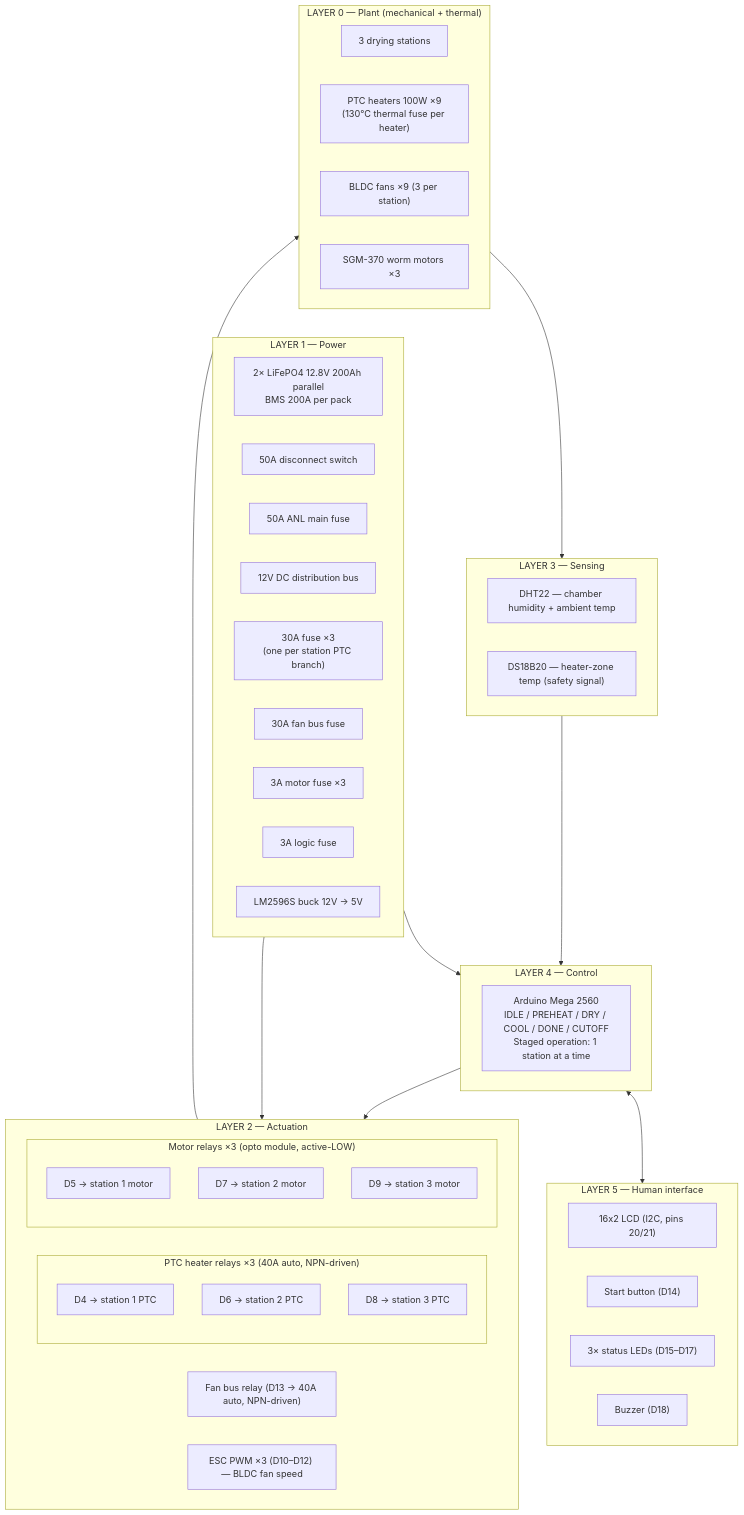
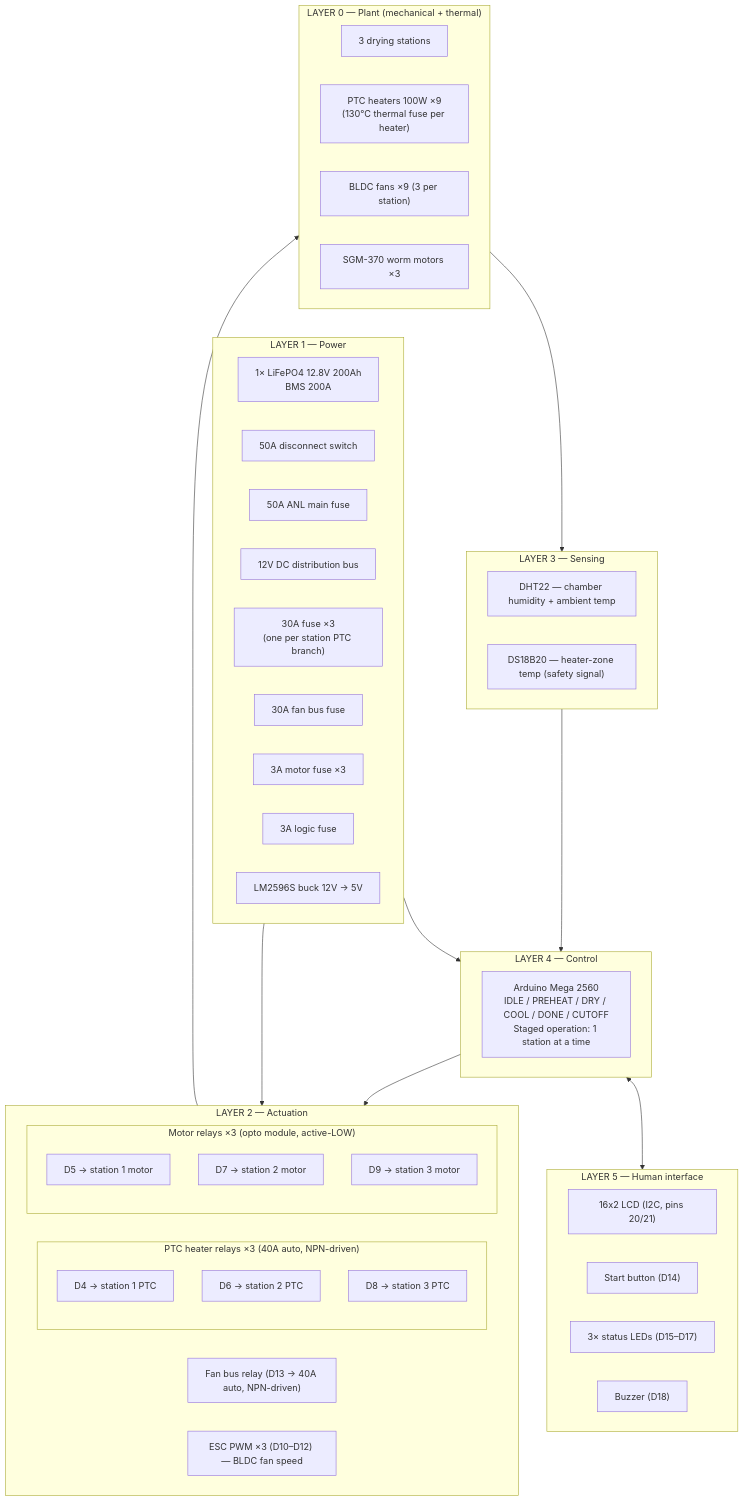
Before and after one commit to qppd/umbrella-dryer-v2: the first of 4 diagrams in docs/SYSTEM-ARCHITECTURE.md, drawn with Mermaid. The commit also changed other lines of this file and 8 other files, not shown here.

````diff
--- a/docs/SYSTEM-ARCHITECTURE.md
+++ b/docs/SYSTEM-ARCHITECTURE.md
@@ -7,60 +7,60 @@
 ```mermaid
 flowchart TD
     subgraph L5["LAYER 5 — Human interface"]
         LCD["16x2 LCD (I2C, pins 20/21)"]
         BTN["Start button (D14)"]
         LED["3× status LEDs (D15–D17)"]
         BUZ["Buzzer (D18)"]
     end
 
     subgraph L4["LAYER 4 — Control"]
         FW["Arduino Mega 2560<br/>IDLE / PREHEAT / DRY / COOL / DONE / CUTOFF<br/>Staged operation: 1 station at a time"]
     end
 
     subgraph L3["LAYER 3 — Sensing"]
         DHT["DHT22 — chamber humidity + ambient temp"]
         DS["DS18B20 — heater-zone temp (safety signal)"]
     end
 
     subgraph L2["LAYER 2 — Actuation"]
         subgraph PTC_RELAYS["PTC heater relays ×3 (40A auto, NPN-driven)"]
             PR1["D4 → station 1 PTC"]
             PR2["D6 → station 2 PTC"]
             PR3["D8 → station 3 PTC"]
         end
         subgraph MOT_RELAYS["Motor relays ×3 (opto module, active-LOW)"]
             MR1["D5 → station 1 motor"]
             MR2["D7 → station 2 motor"]
             MR3["D9 → station 3 motor"]
         end
         FAN_BUS["Fan bus relay (D13 → 40A auto, NPN-driven)"]
         ESC_X["ESC PWM ×3 (D10–D12) — BLDC fan speed"]
     end
 
     subgraph L1["LAYER 1 — Power"]
-        BANK["2× LiFePO4 12.8V 200Ah parallel<br/>BMS 200A per pack"]
+        BANK["1× LiFePO4 12.8V 200Ah<br/>BMS 200A"]
         DISC["50A disconnect switch"]
         FUSE_MAIN["50A ANL main fuse"]
         DIST["12V DC distribution bus"]
         FUSE_PTC["30A fuse ×3<br/>(one per station PTC branch)"]
         FUSE_FAN["30A fan bus fuse"]
         FUSE_MOT["3A motor fuse ×3"]
         FUSE_LOGIC["3A logic fuse"]
         BUCK["LM2596S buck 12V → 5V"]
     end
 
     subgraph L0["LAYER 0 — Plant (mechanical + thermal)"]
         CH["3 drying stations"]
         PTC_ALL["PTC heaters 100W ×9<br/>(130°C thermal fuse per heater)"]
         FAN_ALL["BLDC fans ×9 (3 per station)"]
         MOT_ALL["SGM-370 worm motors ×3"]
     end
 
     L0 --> L3
     L3 --> L4
     L4 --> L2
     L2 --> L0
     L1 --> L2
     L1 --> L4
     L4 <--> L5
 ```
````
